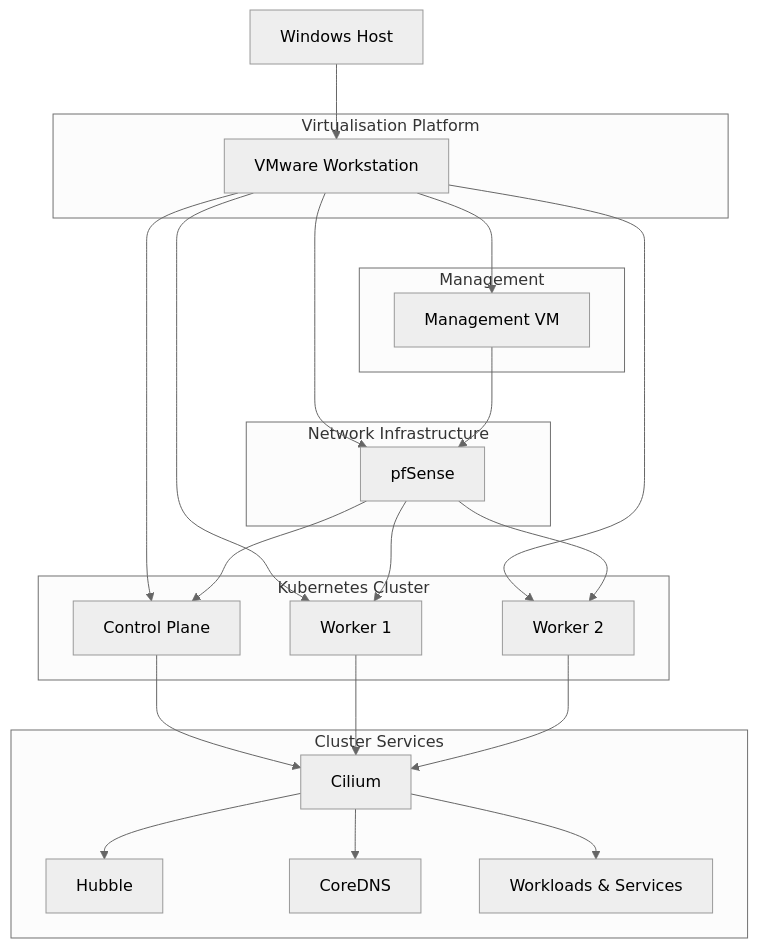
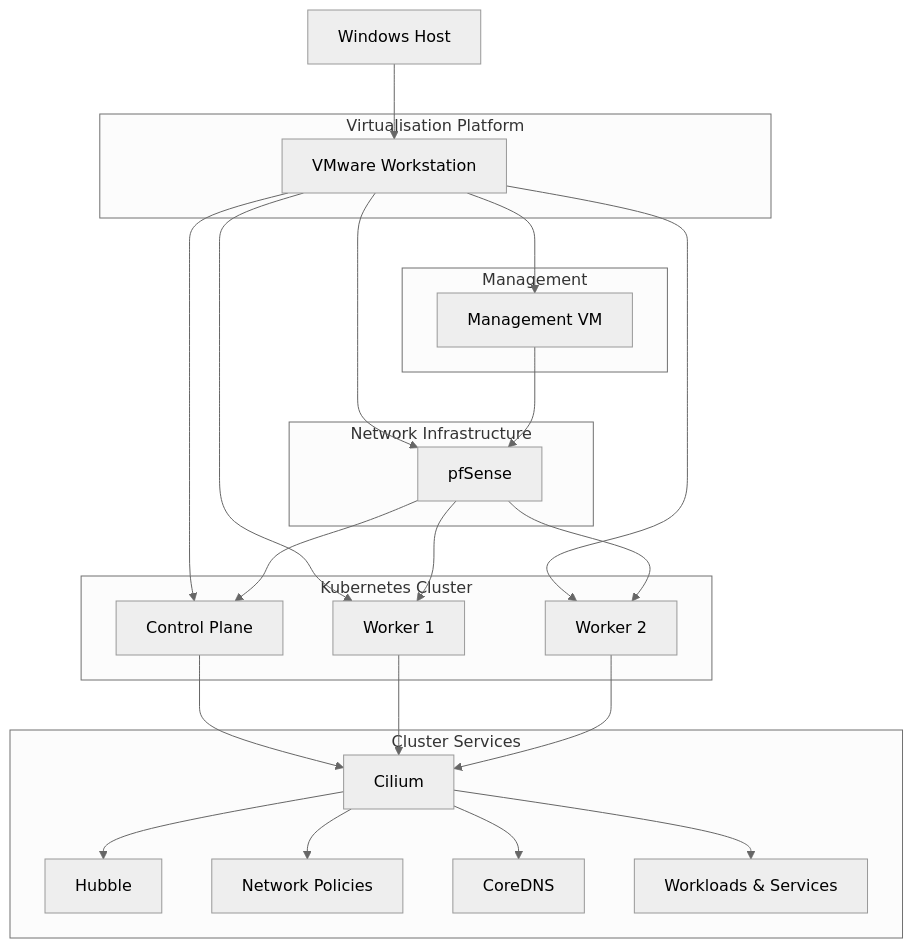
The diagram in README.md (paknaoo/k8s-cilium-lab), drawn with Mermaid (neutral theme) before and after one commit. The commit also changed other lines of this file, not shown here.

Commit message:
docs: update project state for network policies

````diff
--- a/README.md
+++ b/README.md
@@ -15,52 +15,54 @@
 ```mermaid
 flowchart TD
 
     HOST[Windows Host]
 
     subgraph VIRTUALISATION["Virtualisation Platform"]
         VMW[VMware Workstation]
     end
 
     subgraph MANAGEMENT["Management"]
         MGMT[Management VM]
     end
 
     subgraph NETWORK["Network Infrastructure"]
         PFSENSE[pfSense]
     end
 
     subgraph CLUSTER["Kubernetes Cluster"]
         MASTER[Control Plane]
         WORKER1[Worker 1]
         WORKER2[Worker 2]
     end
 
     subgraph SERVICES["Cluster Services"]
         CILIUM[Cilium]
         HUBBLE[Hubble]
+        NETPOL[Network Policies]
         COREDNS[CoreDNS]
         WORKLOADS[Workloads & Services]
     end
 
     HOST --> VMW
 
     VMW --> MGMT
     VMW --> PFSENSE
     VMW --> MASTER
     VMW --> WORKER1
     VMW --> WORKER2
 
     MGMT --> PFSENSE
 
     PFSENSE --> MASTER
     PFSENSE --> WORKER1
     PFSENSE --> WORKER2
 
     MASTER --> CILIUM
     WORKER1 --> CILIUM
     WORKER2 --> CILIUM
 
     CILIUM --> HUBBLE
+    CILIUM --> NETPOL
     CILIUM --> COREDNS
     CILIUM --> WORKLOADS
 ```
````
